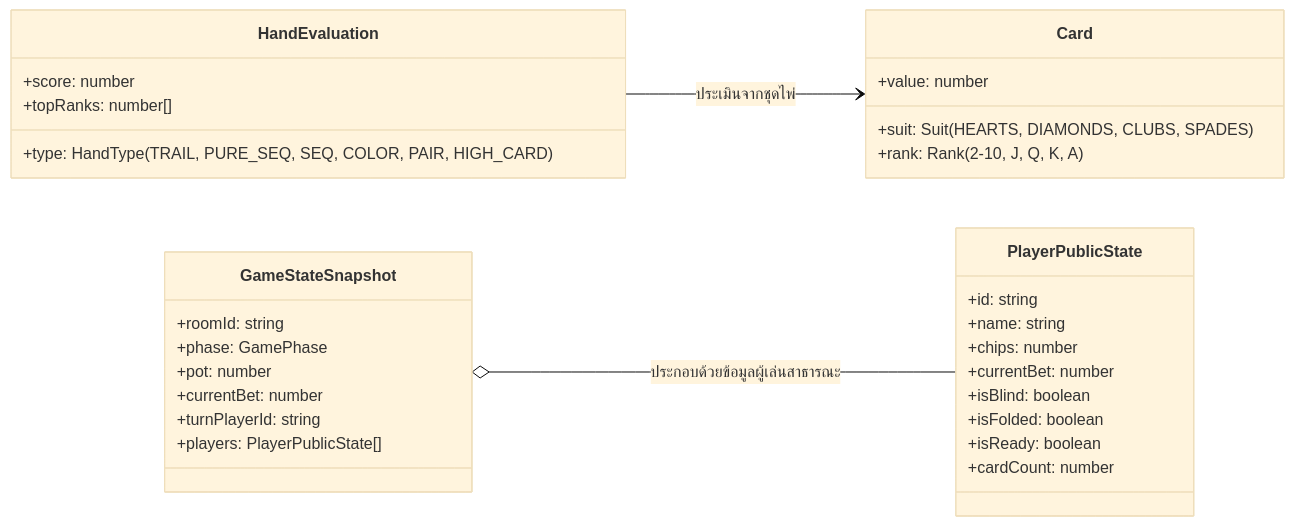
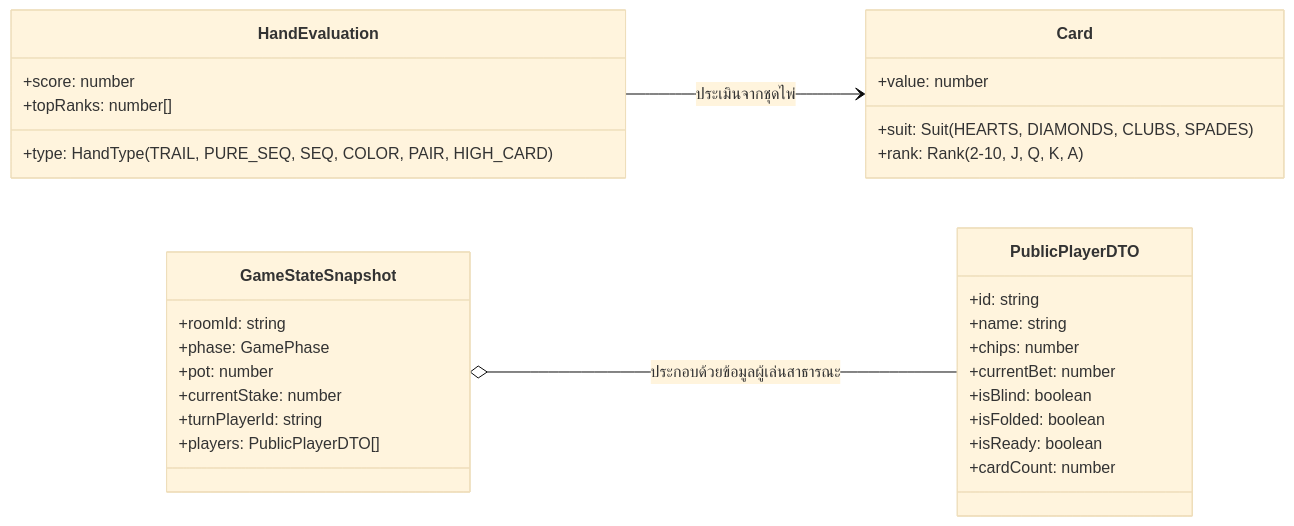
Before and after one commit to PhaBie/Indian-Poker-Online-Console-Game-: the second of 2 diagrams in 03-Documentation/docs/class_diagrams.md, drawn with Mermaid (base theme). The commit also changed other lines of this file, not shown here.

Commit message:
docs: ปรับชื่อพร็อพเพอร์ตี้และเมธอดใน class_diagrams.md ให้ตรงกับซอร์สโค้ดจริง 100%

````diff
--- a/03-Documentation/docs/class_diagrams.md
+++ b/03-Documentation/docs/class_diagrams.md
@@ -107,39 +112,39 @@
 ```mermaid
 classDiagram
     direction LR
 
     class Card {
         +suit: Suit (HEARTS, DIAMONDS, CLUBS, SPADES)
         +rank: Rank (2-10, J, Q, K, A)
         +value: number
     }
 
     class HandEvaluation {
         +type: HandType (TRAIL, PURE_SEQ, SEQ, COLOR, PAIR, HIGH_CARD)
         +score: number
         +topRanks: number[]
     }
 
-    class PlayerPublicState {
+    class PublicPlayerDTO {
         +id: string
         +name: string
         +chips: number
         +currentBet: number
         +isBlind: boolean
         +isFolded: boolean
         +isReady: boolean
         +cardCount: number
     }
 
     class GameStateSnapshot {
         +roomId: string
         +phase: GamePhase
         +pot: number
-        +currentBet: number
+        +currentStake: number
         +turnPlayerId: string
-        +players: PlayerPublicState[]
+        +players: PublicPlayerDTO[]
     }
 
-    GameStateSnapshot o-- PlayerPublicState : ประกอบด้วยข้อมูลผู้เล่นสาธารณะ
+    GameStateSnapshot o-- PublicPlayerDTO : ประกอบด้วยข้อมูลผู้เล่นสาธารณะ
     HandEvaluation --> Card : ประเมินจากชุดไพ่
 ```
````
